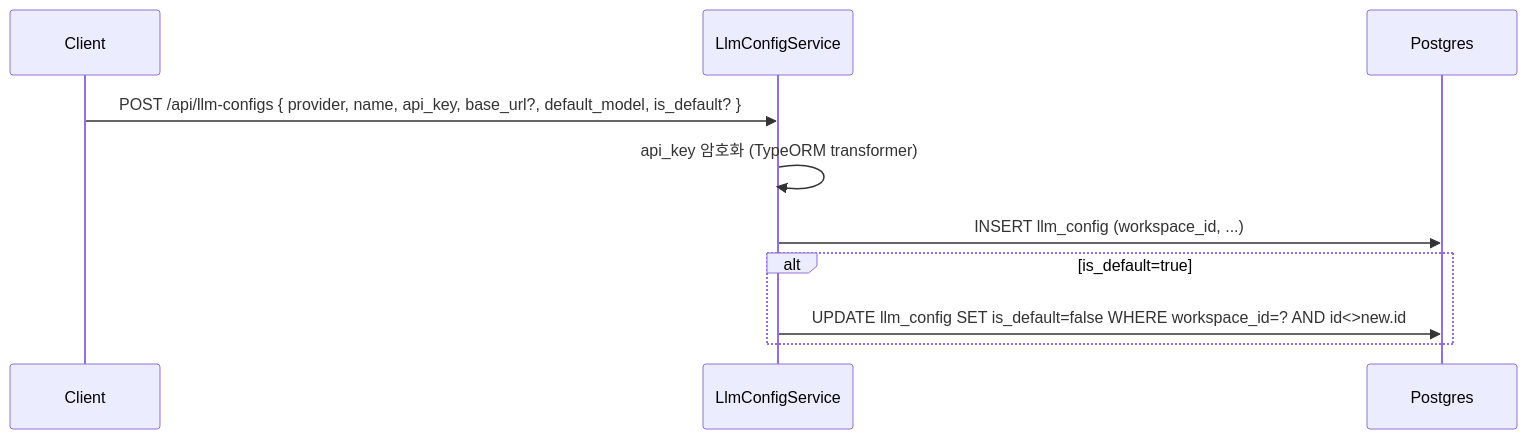
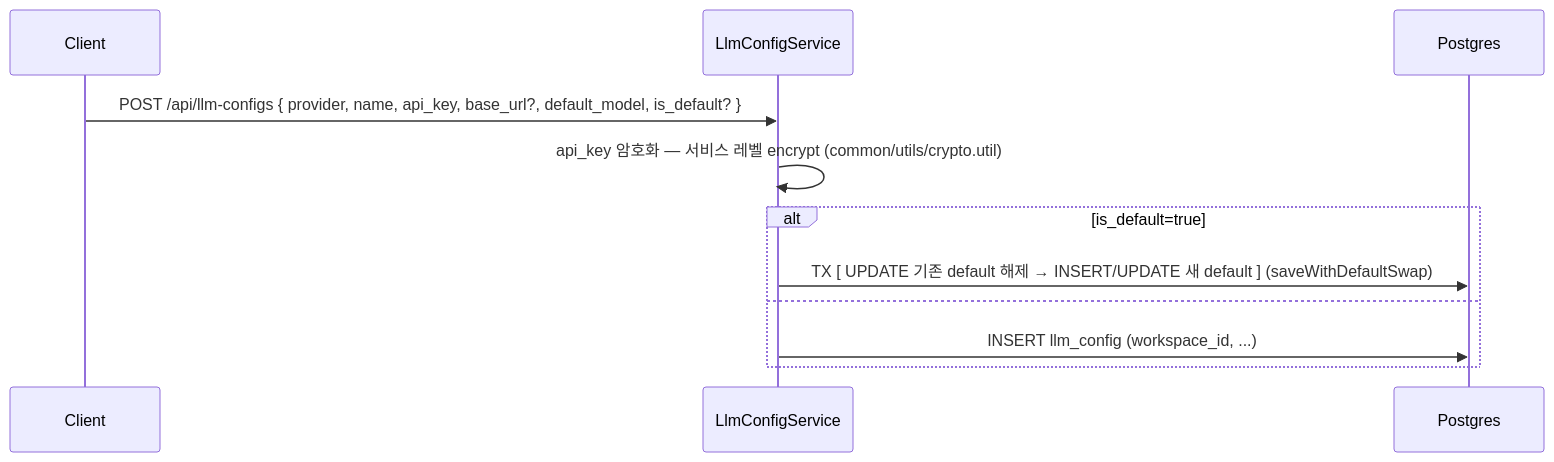
The first of 2 diagrams in spec/data-flow/7-llm-usage.md (worker-ants/clemvion), drawn with Mermaid before and after one commit. The commit also changed other lines of this file and 89 other files, not shown here.

First line of the commit message:
docs(spec): spec↔code 전수 상호 감사 — 역방향 커버리지 + drift 동기화 + data-flow 재구성 (위반 19건 보고) (#516)

````diff
--- a/spec/data-flow/7-llm-usage.md
+++ b/spec/data-flow/7-llm-usage.md
@@ -29,12 +35,13 @@
 ```mermaid
 sequenceDiagram
   participant C as Client
   participant Svc as LlmConfigService
   participant PG as Postgres
   C->>Svc: POST /api/llm-configs { provider, name, api_key, base_url?, default_model, is_default? }
-  Svc->>Svc: api_key 암호화 (TypeORM transformer)
-  Svc->>PG: INSERT llm_config (workspace_id, ...)
+  Svc->>Svc: api_key 암호화 — 서비스 레벨 encrypt (common/utils/crypto.util)
   alt is_default=true
-    Svc->>PG: UPDATE llm_config SET is_default=false WHERE workspace_id=? AND id<>new.id
+    Svc->>PG: TX [ UPDATE 기존 default 해제 → INSERT/UPDATE 새 default ] (saveWithDefaultSwap)
+  else
+    Svc->>PG: INSERT llm_config (workspace_id, ...)
   end
 ```
````
